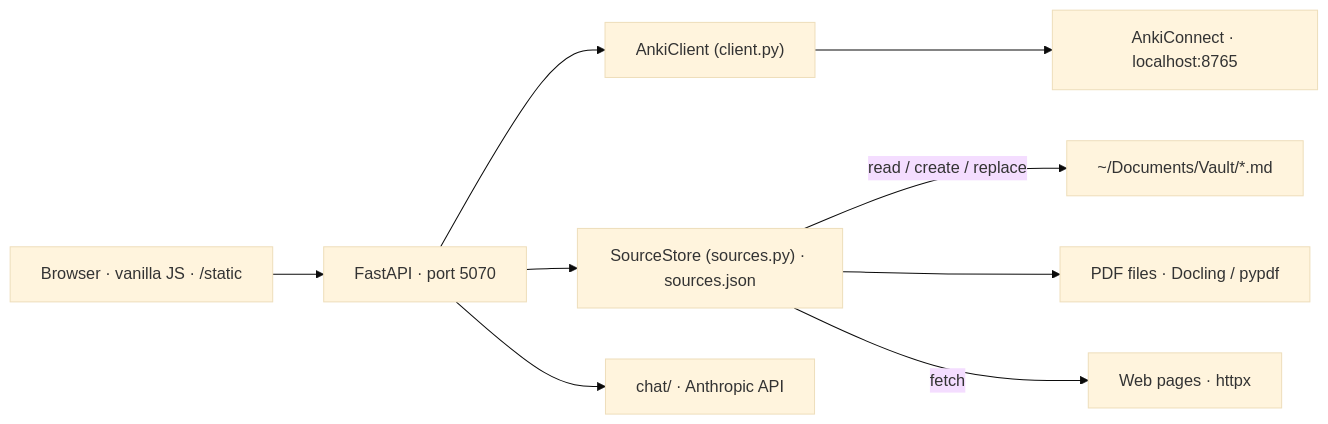
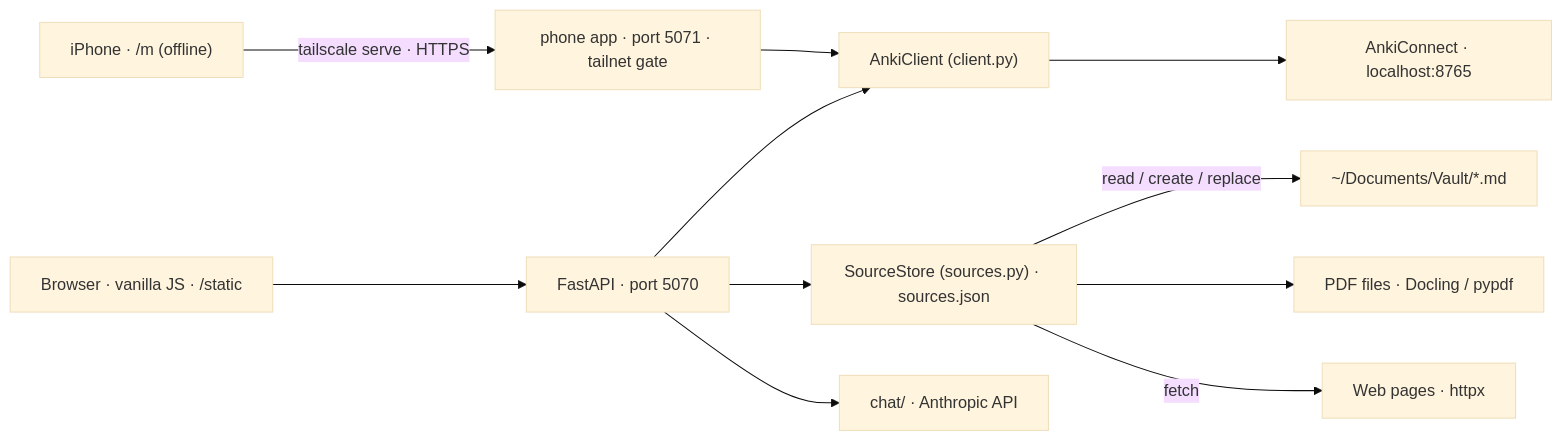
Before and after one commit to Vaillus/anki_assistant: the diagram in specs/00-overview.md, drawn with Mermaid (base theme). The commit also changed other lines of this file and 26 other files, not shown here.

First line of the commit message:
feat(mobile): offline iPhone reviewer over Tailscale (#26)

````diff
--- a/specs/00-overview.md
+++ b/specs/00-overview.md
@@ -25,10 +26,12 @@
 ```mermaid
 graph LR
     UI["Browser · vanilla JS · /static"] --> API["FastAPI · port 5070"]
     API --> Client["AnkiClient (client.py)"] --> AC["AnkiConnect · localhost:8765"]
     API --> Sources["SourceStore (sources.py) · sources.json"]
     Sources -- read / create / replace --> Vault["~/Documents/Vault/*.md"]
     Sources --> PDF["PDF files · Docling / pypdf"]
     Sources -- fetch --> Web["Web pages · httpx"]
     API --> Chat["chat/ · Anthropic API"]
+    Phone["iPhone · /m (offline)"] -- tailscale serve · HTTPS --> Gate["phone app · port 5071 · tailnet gate"]
+    Gate --> Client
 ```
````
